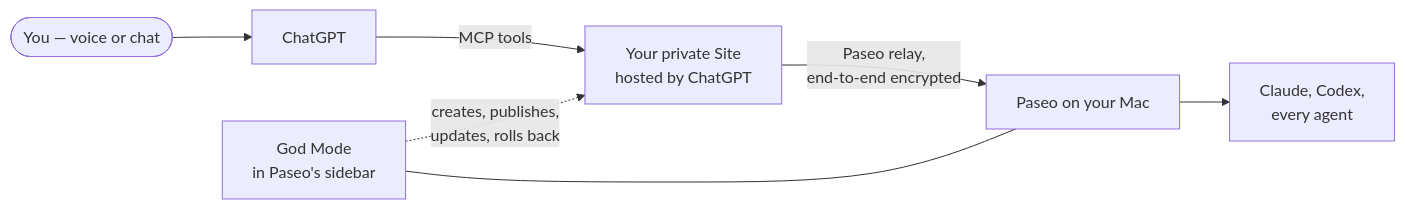
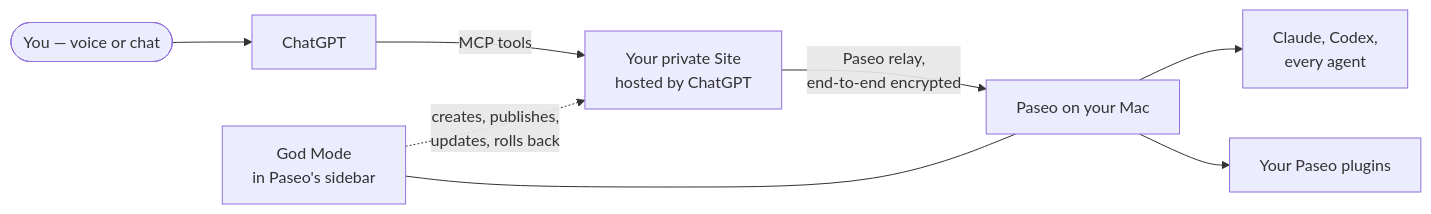
Before and after one commit to devXpro/paseo-god-mode-plugin: the diagram in README.md, drawn with Mermaid. The commit also changed other lines of this file and 10 other files, not shown here.

````diff
--- a/README.md
+++ b/README.md
@@ -37,9 +60,10 @@
 ```mermaid
 flowchart LR
     you(["You — voice or chat"]) --> chatgpt["ChatGPT"]
     chatgpt -->|MCP tools| site["Your private Site<br/>hosted by ChatGPT"]
     site -->|Paseo relay,<br/>end-to-end encrypted| daemon["Paseo on your Mac"]
     daemon --> agents["Claude, Codex,<br/>every agent"]
+    daemon --> plugins["Your Paseo plugins"]
     plugin["God Mode<br/>in Paseo's sidebar"] -.->|creates, publishes,<br/>updates, rolls back| site
     plugin --- daemon
 ```
````
